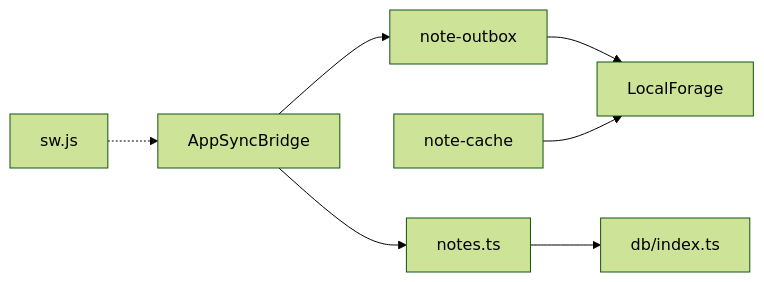
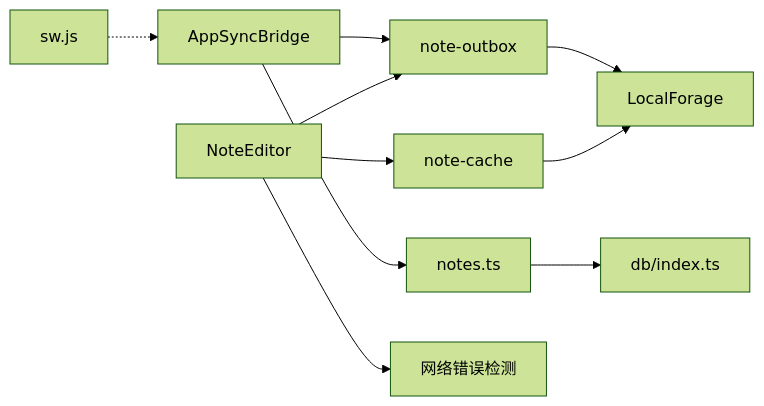
Before and after one commit to qiuziGirl/smart-todo: the sixth of 6 diagrams in .qoder/repowiki/zh/content/离线支持系统/离线支持系统.md, drawn with Mermaid (forest theme). The commit also changed other lines of this file and 8 other files, not shown here.

````diff
--- a/.qoder/repowiki/zh/content/离线支持系统/离线支持系统.md
+++ b/.qoder/repowiki/zh/content/离线支持系统/离线支持系统.md
@@ -278,9 +321,12 @@
 ```mermaid
 graph LR
 Bridge["AppSyncBridge"] --> Outbox["note-outbox"]
 Bridge --> Actions["notes.ts"]
 Outbox --> LocalForage["LocalForage"]
 Cache["note-cache"] --> LocalForage
 Actions --> DB["db/index.ts"]
+Editor["NoteEditor"] --> Outbox
+Editor --> Cache
+Editor --> isLikelyNetworkError["网络错误检测"]
 SW["sw.js"] -.-> Bridge
 ```
````
